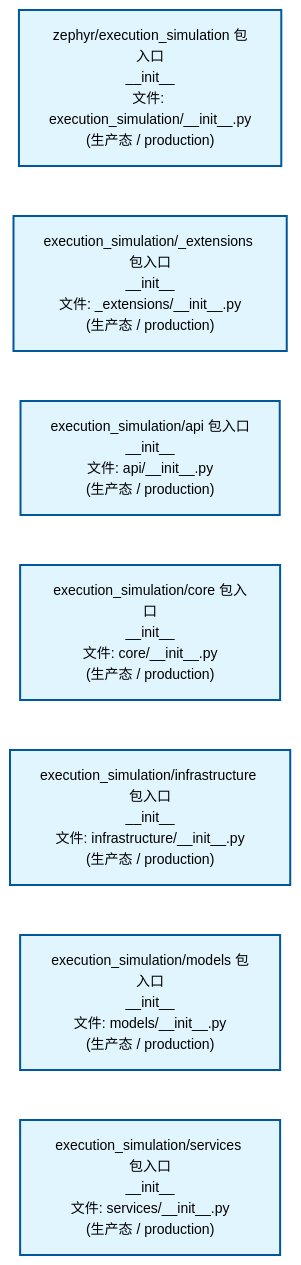
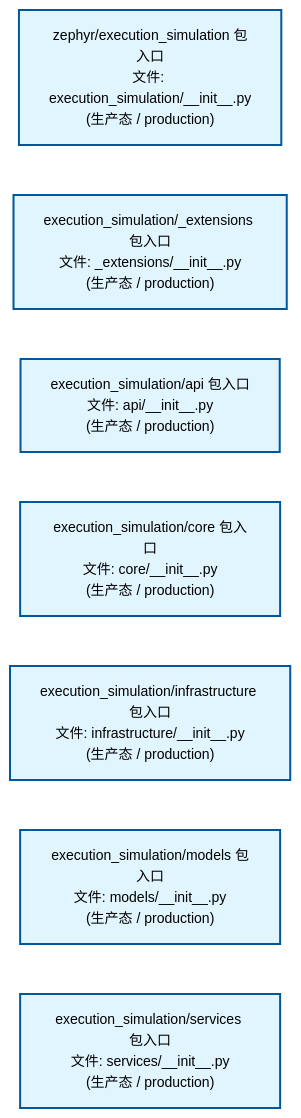
Before and after one commit to xuanFelixVan/ZephyrAlpha: the second of 2 diagrams in docs/02_enterprise_architecture/02_domain_architecture_docs/43_d_exec_sim.md, drawn with Mermaid. The commit also changed other lines of this file and 58 other files, not shown here.

````diff
--- a/docs/02_enterprise_architecture/02_domain_architecture_docs/43_d_exec_sim.md
+++ b/docs/02_enterprise_architecture/02_domain_architecture_docs/43_d_exec_sim.md
@@ -80,22 +80,22 @@
 ```mermaid
 %%{init: {'theme': 'base', 'themeVariables': {'primaryColor': '#eaeaea', 'primaryTextColor': '#333333', 'primaryBorderColor': '#666666', 'lineColor': '#666666', 'secondaryColor': '#eaeaea', 'tertiaryColor': '#eaeaea', 'fontSize': '14px'}}}%%
 flowchart TD
-    src_zephyr_execution_simulation_init_py["zephyr/execution_simulation 包入口<br/>__init__<br/>文件: execution_simulation/__init__.py<br/>(生产态 / production)"]
-    src_zephyr_execution_simulation_extensions_init_py["execution_simulation/_extensions 包入口<br/>__init__<br/>文件: _extensions/__init__.py<br/>(生产态 / production)"]
-    src_zephyr_execution_simulation_api_init_py["execution_simulation/api 包入口<br/>__init__<br/>文件: api/__init__.py<br/>(生产态 / production)"]
-    src_zephyr_execution_simulation_core_init_py["execution_simulation/core 包入口<br/>__init__<br/>文件: core/__init__.py<br/>(生产态 / production)"]
-    src_zephyr_execution_simulation_infrastructure_init_py["execution_simulation/infrastructure 包入口<br/>__init__<br/>文件: infrastructure/__init__.py<br/>(生产态 / production)"]
-    src_zephyr_execution_simulation_models_init_py["execution_simulation/models 包入口<br/>__init__<br/>文件: models/__init__.py<br/>(生产态 / production)"]
-    src_zephyr_execution_simulation_services_init_py["execution_simulation/services 包入口<br/>__init__<br/>文件: services/__init__.py<br/>(生产态 / production)"]
+    src_zephyr_execution_simulation_init_py["zephyr/execution_simulation 包入口<br/>文件: execution_simulation/__init__.py<br/>(生产态 / production)"]
+    src_zephyr_execution_simulation_extensions_init_py["execution_simulation/_extensions 包入口<br/>文件: _extensions/__init__.py<br/>(生产态 / production)"]
+    src_zephyr_execution_simulation_api_init_py["execution_simulation/api 包入口<br/>文件: api/__init__.py<br/>(生产态 / production)"]
+    src_zephyr_execution_simulation_core_init_py["execution_simulation/core 包入口<br/>文件: core/__init__.py<br/>(生产态 / production)"]
+    src_zephyr_execution_simulation_infrastructure_init_py["execution_simulation/infrastructure 包入口<br/>文件: infrastructure/__init__.py<br/>(生产态 / production)"]
+    src_zephyr_execution_simulation_models_init_py["execution_simulation/models 包入口<br/>文件: models/__init__.py<br/>(生产态 / production)"]
+    src_zephyr_execution_simulation_services_init_py["execution_simulation/services 包入口<br/>文件: services/__init__.py<br/>(生产态 / production)"]
     src_zephyr_execution_simulation_init_py ~~~ src_zephyr_execution_simulation_extensions_init_py
     src_zephyr_execution_simulation_extensions_init_py ~~~ src_zephyr_execution_simulation_api_init_py
     src_zephyr_execution_simulation_api_init_py ~~~ src_zephyr_execution_simulation_core_init_py
     src_zephyr_execution_simulation_core_init_py ~~~ src_zephyr_execution_simulation_infrastructure_init_py
     src_zephyr_execution_simulation_infrastructure_init_py ~~~ src_zephyr_execution_simulation_models_init_py
     src_zephyr_execution_simulation_models_init_py ~~~ src_zephyr_execution_simulation_services_init_py
     classDef production fill:#e1f5fe,stroke:#01579b,stroke-width:2px,color:#000
     classDef design fill:#fff3e0,stroke:#e65100,stroke-width:2px,color:#000,stroke-dasharray: 5 5
     classDef external_prod fill:#e8f4fd,stroke:#0277bd,stroke-width:1px,color:#000
     classDef external_design fill:#fff8e7,stroke:#ef6c00,stroke-width:1px,color:#000,stroke-dasharray: 5 5
     class src_zephyr_execution_simulation_init_py,src_zephyr_execution_simulation_extensions_init_py,src_zephyr_execution_simulation_api_init_py,src_zephyr_execution_simulation_core_init_py,src_zephyr_execution_simulation_infrastructure_init_py,src_zephyr_execution_simulation_models_init_py,src_zephyr_execution_simulation_services_init_py production
 ```
````
